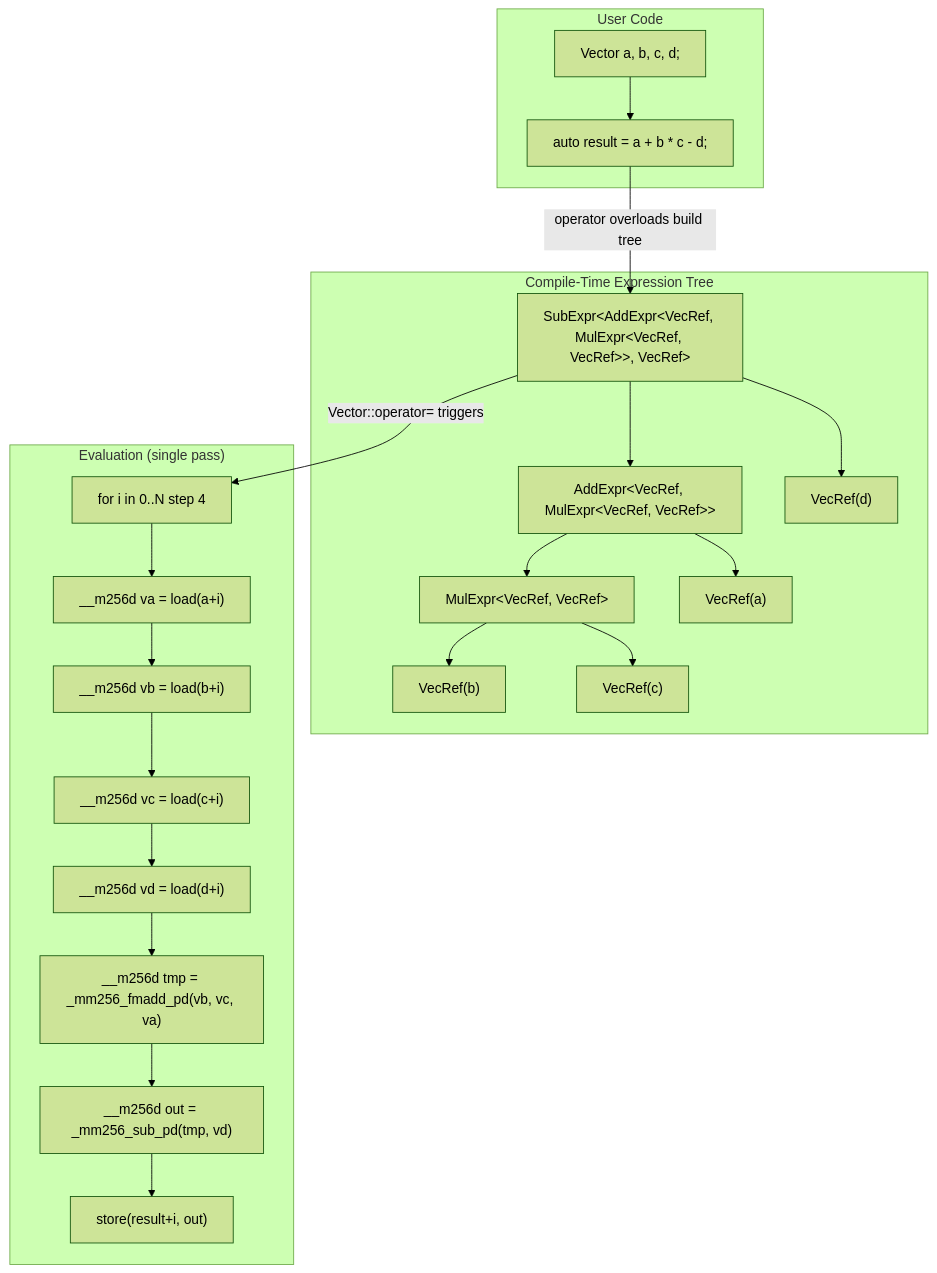
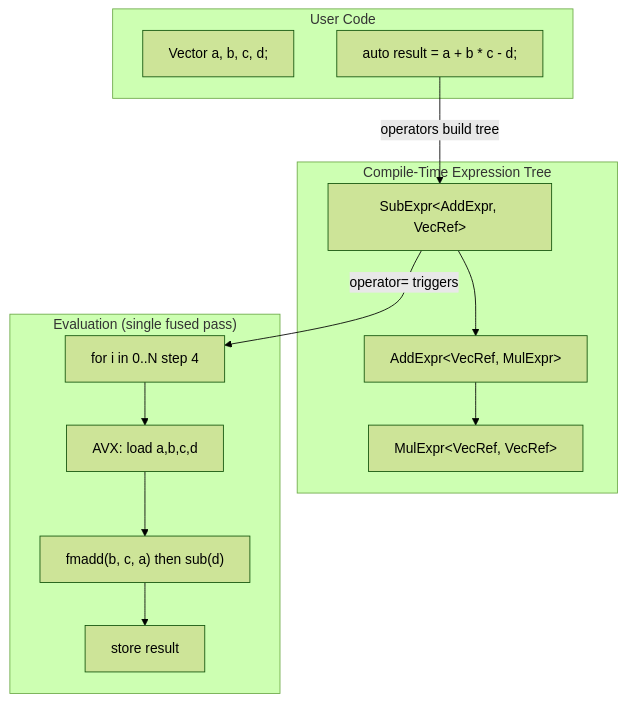
One commit to dkkh87/CPP-CUDA-Mastery changed the first of 2 diagrams in Part-09-Projects/P05_Expression_Templates.md. Above: the diagram before and after it, drawn with Mermaid (forest theme). The commit also changed other lines of this file, not shown here.

````diff
--- a/Part-09-Projects/P05_Expression_Templates.md
+++ b/Part-09-Projects/P05_Expression_Templates.md
@@ -34,39 +33,23 @@
 ```mermaid
 flowchart TD
     subgraph "User Code"
         U1["Vector a, b, c, d;"]
         U2["auto result = a + b * c - d;"]
     end
 
     subgraph "Compile-Time Expression Tree"
-        E1["SubExpr&lt;AddExpr&lt;VecRef, MulExpr&lt;VecRef, VecRef&gt;&gt;, VecRef&gt;"]
-        E2["AddExpr&lt;VecRef, MulExpr&lt;VecRef, VecRef&gt;&gt;"]
+        E1["SubExpr&lt;AddExpr, VecRef&gt;"]
+        E2["AddExpr&lt;VecRef, MulExpr&gt;"]
         E3["MulExpr&lt;VecRef, VecRef&gt;"]
-        E4["VecRef(a)"]
-        E5["VecRef(b)"]
-        E6["VecRef(c)"]
-        E7["VecRef(d)"]
     end
 
-    subgraph "Evaluation (single pass)"
+    subgraph "Evaluation (single fused pass)"
         L1["for i in 0..N step 4"]
-        L2["__m256d va = load(a+i)"]
-        L3["__m256d vb = load(b+i)"]
-        L4["__m256d vc = load(c+i)"]
-        L5["__m256d vd = load(d+i)"]
-        L6["__m256d tmp = _mm256_fmadd_pd(vb, vc, va)"]
-        L7["__m256d out = _mm256_sub_pd(tmp, vd)"]
-        L8["store(result+i, out)"]
+        L2["AVX: load a,b,c,d"]
+        L3["fmadd(b, c, a) then sub(d)"]
+        L4["store result"]
     end
 
-    U1 --> U2
-    U2 -->|"operator overloads build tree"| E1
-    E1 --> E2
-    E1 --> E7
-    E2 --> E4
-    E2 --> E3
-    E3 --> E5
-    E3 --> E6
-    E1 -->|"Vector::operator= triggers"| L1
-    L1 --> L2 --> L3 --> L4 --> L5 --> L6 --> L7 --> L8
+    U2 -->|"operators build tree"| E1 --> E2 --> E3
+    E1 -->|"operator= triggers"| L1 --> L2 --> L3 --> L4
 ```
````
